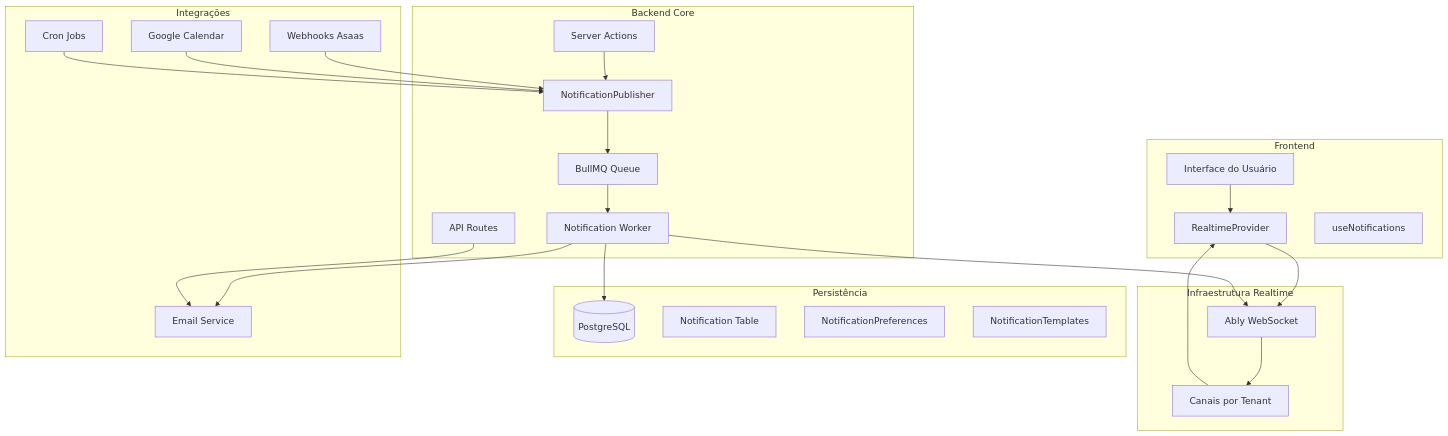
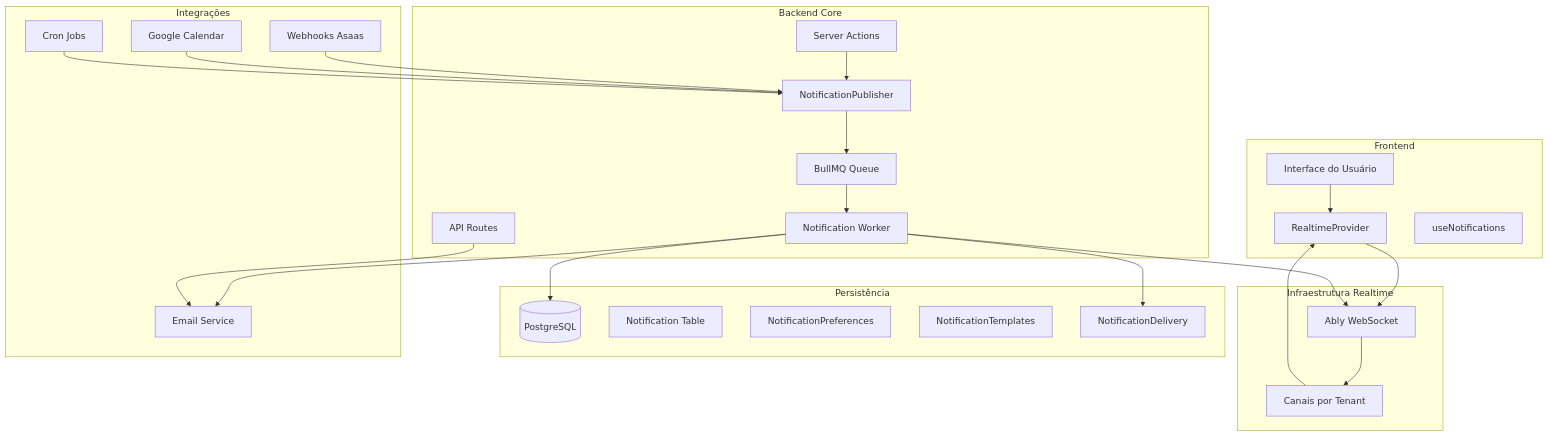
Before and after one commit to NatosTech/magic-lawyer: the diagram in docs/feature-noticiations/NOTIFICATIONS_ARCHITECTURE.md, drawn with Mermaid. The commit also changed other lines of this file and 33 other files, not shown here.

````diff
--- a/docs/feature-noticiations/NOTIFICATIONS_ARCHITECTURE.md
+++ b/docs/feature-noticiations/NOTIFICATIONS_ARCHITECTURE.md
@@ -35,50 +35,52 @@
 ```mermaid
 graph TB
     subgraph "Frontend"
         UI[Interface do Usuário]
         Provider[RealtimeProvider]
         Hook[useNotifications]
     end
     
     subgraph "Backend Core"
         Actions[Server Actions]
         API[API Routes]
         Publisher[NotificationPublisher]
         Queue[BullMQ Queue]
         Worker[Notification Worker]
     end
     
     subgraph "Infraestrutura Realtime"
         Ably[Ably WebSocket]
         Channels[Canais por Tenant]
     end
     
     subgraph "Persistência"
         DB[(PostgreSQL)]
         Notifications[Notification Table]
         Preferences[NotificationPreferences]
         Templates[NotificationTemplates]
+        Deliveries[NotificationDelivery]
     end
     
     subgraph "Integrações"
         Email[Email Service]
         Webhooks[Webhooks Asaas]
         Calendar[Google Calendar]
         Cron[Cron Jobs]
     end
     
     UI --> Provider
     Provider --> Ably
     Actions --> Publisher
     Publisher --> Queue
     Queue --> Worker
     Worker --> Ably
     Worker --> DB
     Worker --> Email
+    Worker --> Deliveries
     Ably --> Channels
     Channels --> Provider
     API --> Email
     Webhooks --> Publisher
     Calendar --> Publisher
     Cron --> Publisher
 ```
````
